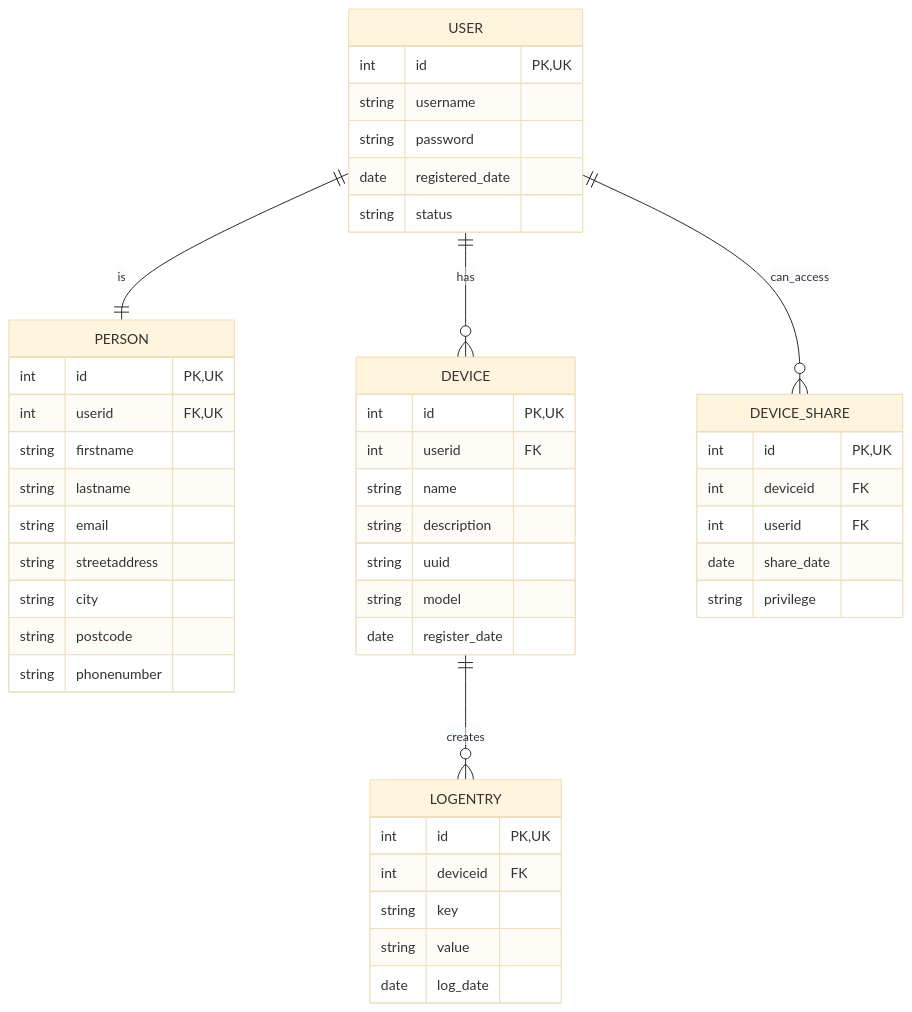
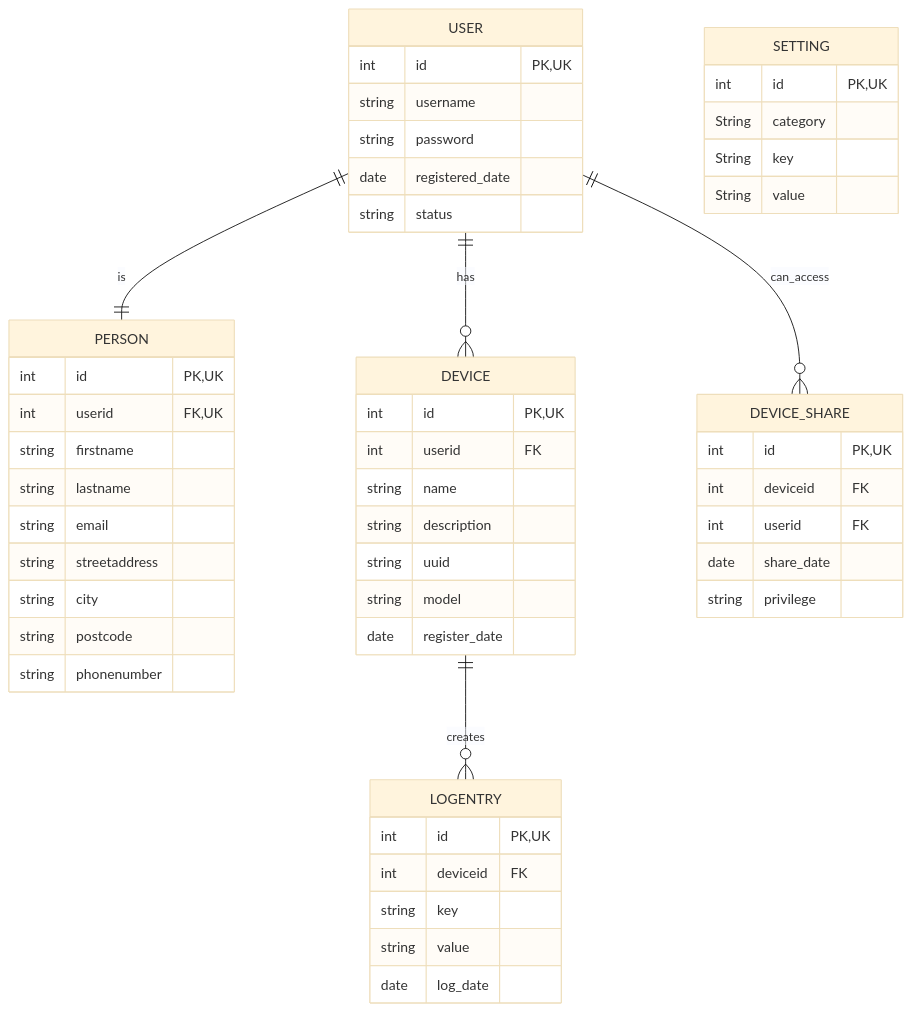
One commit to 0x6A4B/OTP1 changed the diagram in README.md. Above: the diagram before and after it, drawn with Mermaid (base theme). The commit also changed 1 other file, not shown here.

Commit message:
added setting table to db

````diff
--- a/README.md
+++ b/README.md
@@ -58,56 +58,62 @@
 ```mermaid
 
 erDiagram
     USER 1--1 PERSON : is
     USER 1--0+ DEVICE : has
     DEVICE 1--0+ LOGENTRY : creates
     USER 1--0+ DEVICE_SHARE : can_access
 
     USER {
         int id PK,UK
         string username
         string password
         date registered_date
         string status
     }
 
     PERSON {
         int id PK,UK
         int userid FK,UK
         string firstname
         string lastname
         string email
         string streetaddress
         string city
         string postcode
         string phonenumber
     }
 
     DEVICE {
         int id PK,UK
         int userid FK 
         string name
         string description
         string uuid
         string model
         date register_date
     }
 
     LOGENTRY {
         int id PK,UK
         int deviceid FK
         string key
         string value
         date log_date
     }
 
     DEVICE_SHARE {
         int id PK,UK
         int deviceid FK
         int userid FK
         date share_date
         string privilege
     }
 
+    SETTING {
+        int id PK,UK
+        String category
+        String key
+        String value
+    }
 
 ```
````
